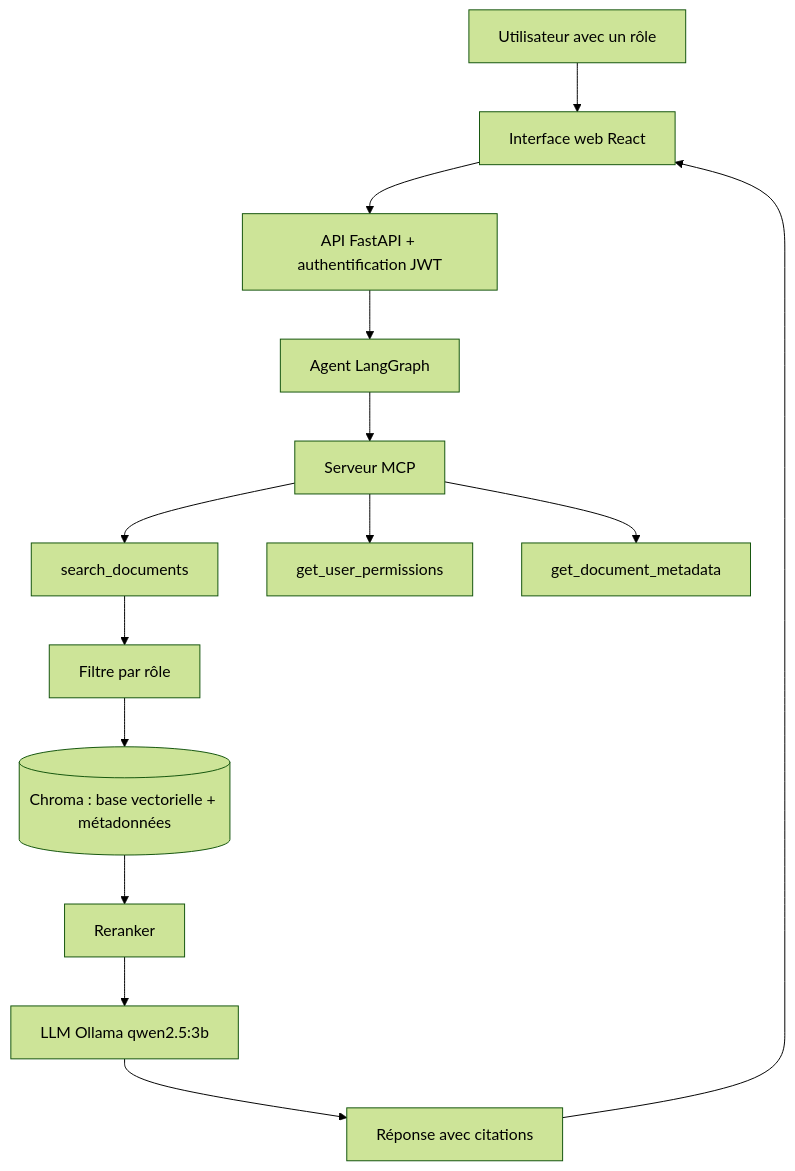
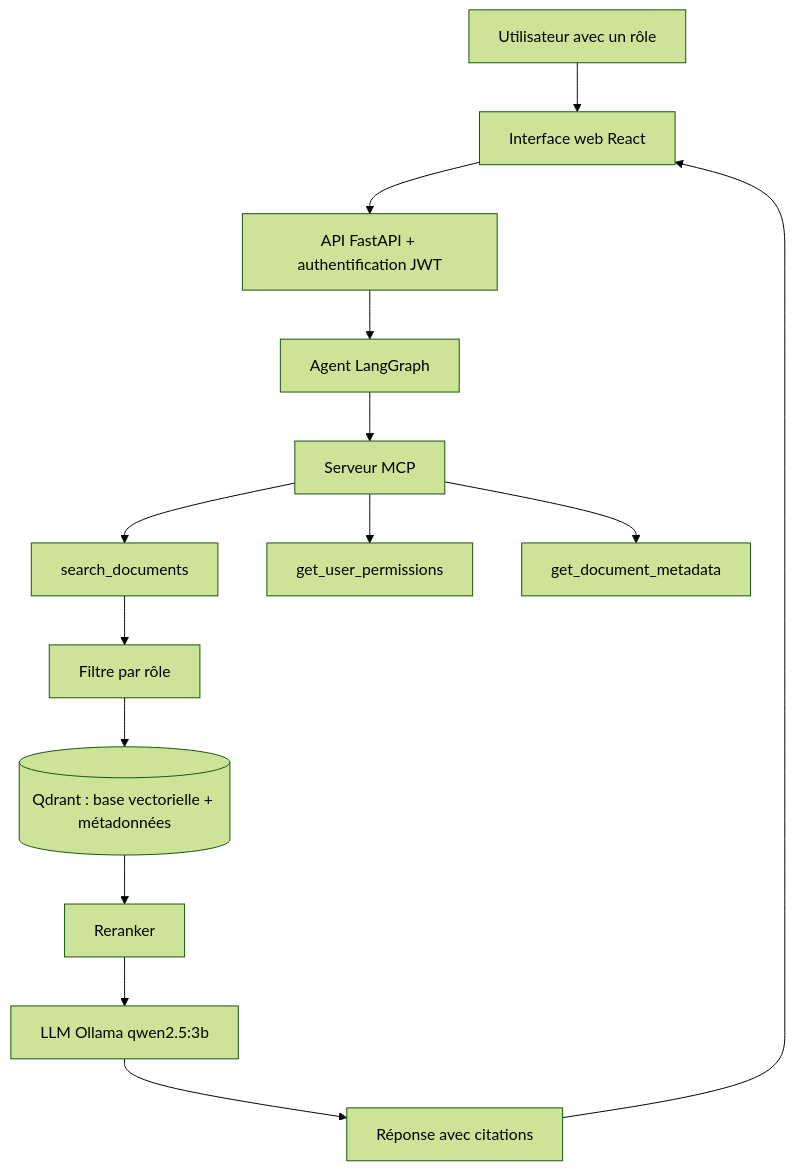
One commit to amen1920-hub/secure-enterprise-assistant changed the diagram in docs/architecture.md. Above: the diagram before and after it, drawn with Mermaid (forest theme). The commit also changed other lines of this file and 2 other files, not shown here.

Commit message:
Cite only sources used in the answer

````diff
--- a/docs/architecture.md
+++ b/docs/architecture.md
@@ -5,16 +5,16 @@
 ```mermaid
 flowchart TD
     U[Utilisateur avec un rôle] --> UI[Interface web React]
     UI --> API[API FastAPI + authentification JWT]
     API --> AG[Agent LangGraph]
     AG --> MCP[Serveur MCP]
     MCP --> T1[search_documents]
     MCP --> T2[get_user_permissions]
     MCP --> T3[get_document_metadata]
     T1 --> F[Filtre par rôle]
-    F --> DB[(Chroma : base vectorielle + métadonnées)]
+    F --> DB[(Qdrant : base vectorielle + métadonnées)]
     DB --> RR[Reranker]
     RR --> LLM[LLM Ollama qwen2.5:3b]
     LLM --> R[Réponse avec citations]
     R --> UI
 ```
````
